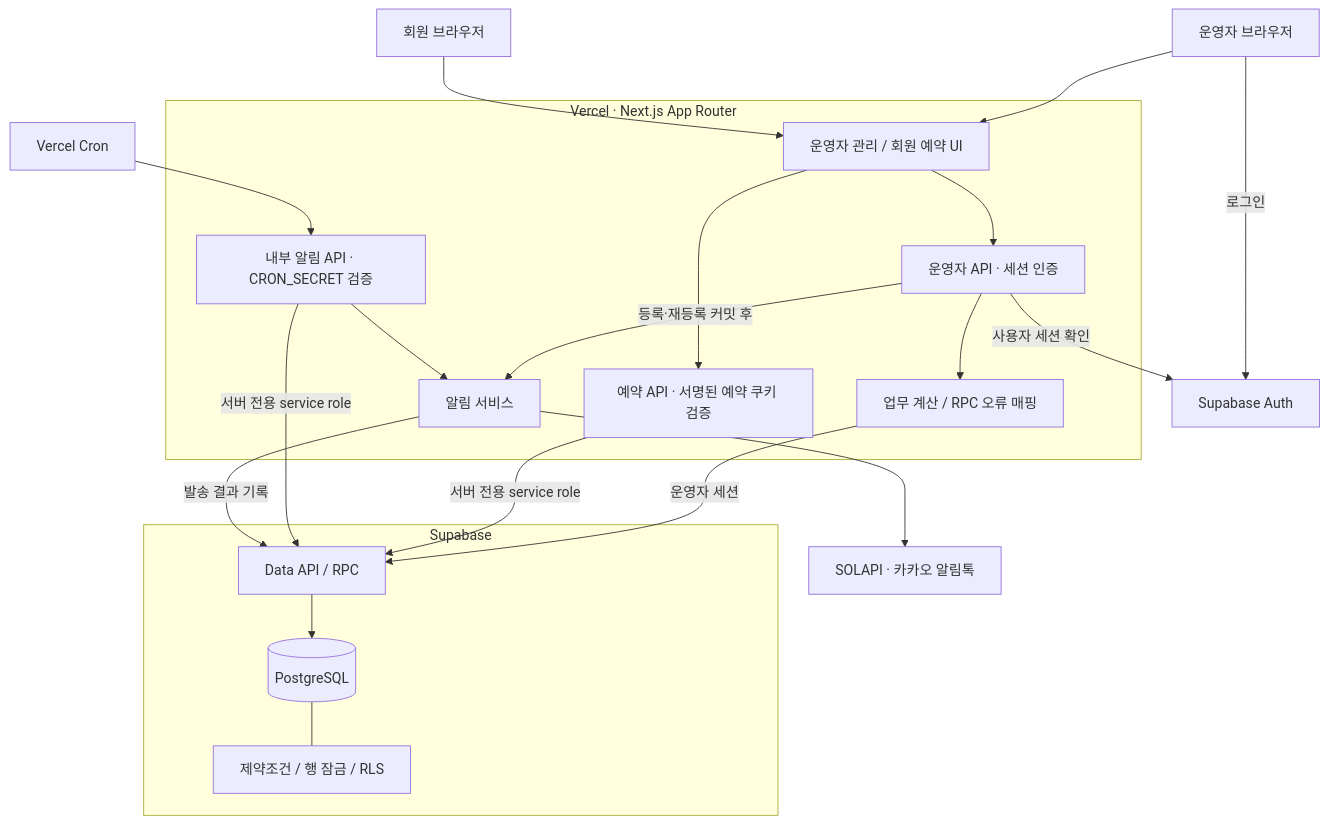
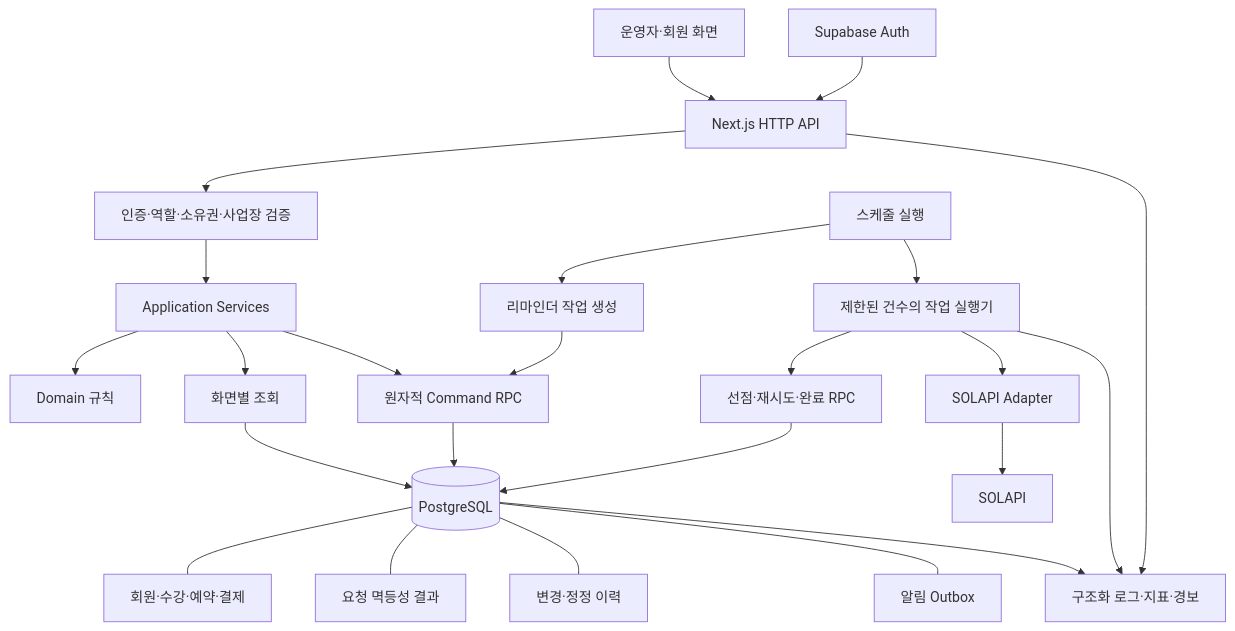
One commit to jennienn/elanor-academy changed the diagram in README.md. Above: the diagram before and after it, drawn with Mermaid. The commit also changed other lines of this file and 1 other file, not shown here.

Commit message:
docs: streamline README and restore target architecture

````diff
--- a/README.md
+++ b/README.md
@@ -35,42 +62,33 @@
 ```mermaid
-flowchart TB
-    Operator[운영자 브라우저]
-    Member[회원 브라우저]
-    Auth[Supabase Auth]
+flowchart TD
+    UI[운영자·회원 화면] --> HTTP[Next.js HTTP API]
+    AUTH[Supabase Auth] --> HTTP
 
-    subgraph Vercel["Vercel · Next.js App Router"]
-        UI[운영자 관리 / 회원 예약 UI]
-        AdminAPI[운영자 API · 세션 인증]
-        BookingAPI[예약 API · 서명된 예약 쿠키 검증]
-        Rules[업무 계산 / RPC 오류 매핑]
-        Notify[알림 서비스]
-        CronAPI[내부 알림 API · CRON_SECRET 검증]
-    end
+    HTTP --> GUARD[인증·역할·소유권·사업장 검증]
+    GUARD --> APP[Application Services]
 
-    subgraph Supabase[Supabase]
-        DataAPI[Data API / RPC]
-        DB[(PostgreSQL)]
-        Guard[제약조건 / 행 잠금 / RLS]
-    end
+    APP --> DOMAIN[Domain 규칙]
+    APP --> QUERY[화면별 조회]
+    APP --> COMMAND[원자적 Command RPC]
 
-    Cron[Vercel Cron]
-    Solapi[SOLAPI · 카카오 알림톡]
+    QUERY --> DB[(PostgreSQL)]
+    COMMAND --> DB
 
-    Operator --> UI
-    Member --> UI
-    Operator -->|로그인| Auth
-    UI --> AdminAPI
-    UI --> BookingAPI
-    AdminAPI -->|사용자 세션 확인| Auth
-    AdminAPI --> Rules
-    Rules -->|운영자 세션| DataAPI
-    BookingAPI -->|서버 전용 service role| DataAPI
-    DataAPI --> DB
-    DB --- Guard
-    AdminAPI -->|등록·재등록 커밋 후| Notify
-    Cron --> CronAPI
-    CronAPI -->|서버 전용 service role| DataAPI
-    CronAPI --> Notify
-    Notify --> Solapi
-    Notify -->|발송 결과 기록| DataAPI
+    DB --- CORE[회원·수강·예약·결제]
+    DB --- IDEM[요청 멱등성 결과]
+    DB --- AUDIT[변경·정정 이력]
+    DB --- OUTBOX[알림 Outbox]
+
+    CLOCK[스케줄 실행] --> CANDIDATE[리마인더 작업 생성]
+    CANDIDATE --> COMMAND
+
+    CLOCK --> WORKER[제한된 건수의 작업 실행기]
+    WORKER --> CLAIM[선점·재시도·완료 RPC]
+    CLAIM --> DB
+    WORKER --> ADAPTER[SOLAPI Adapter]
+    ADAPTER --> SOLAPI[SOLAPI]
+
+    HTTP --> OBS[구조화 로그·지표·경보]
+    WORKER --> OBS
+    DB --> OBS
 ```
````
